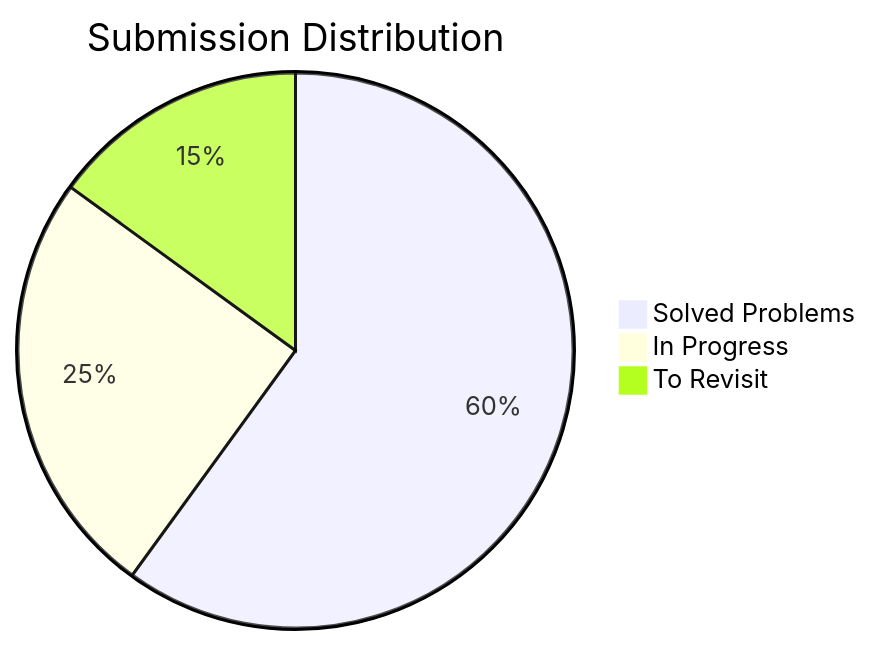
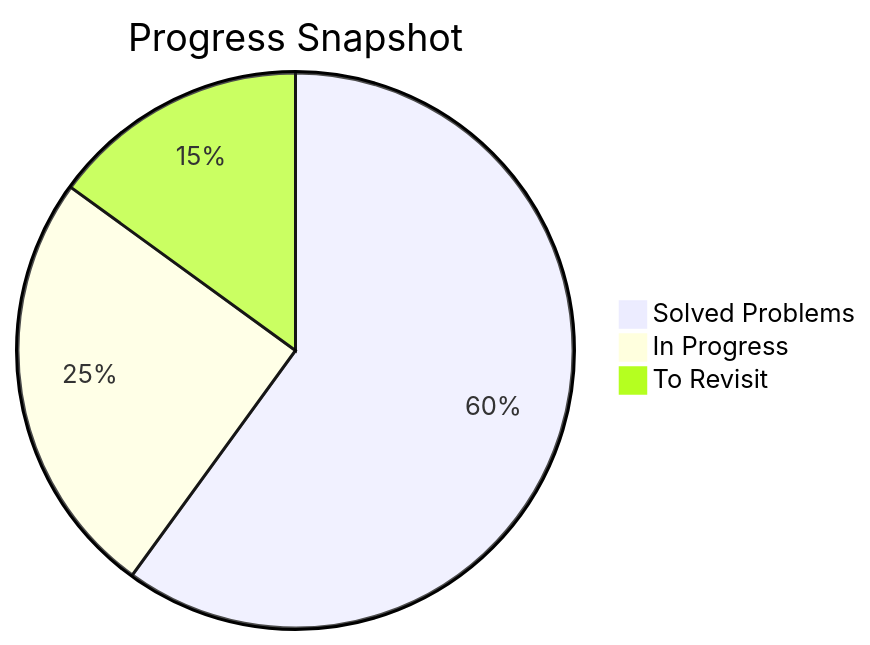
Before and after one commit to AyushSingh360/neetcode-submissions: the third of 4 diagrams in README.md, drawn with Mermaid. The commit also changed other lines of this file, not shown here.

````diff
--- a/README.md
+++ b/README.md
@@ -93,6 +93,6 @@
 ```mermaid
-pie title Submission Distribution
+pie title Progress Snapshot
     "Solved Problems" : 60
     "In Progress" : 25
     "To Revisit" : 15
 ```
````
